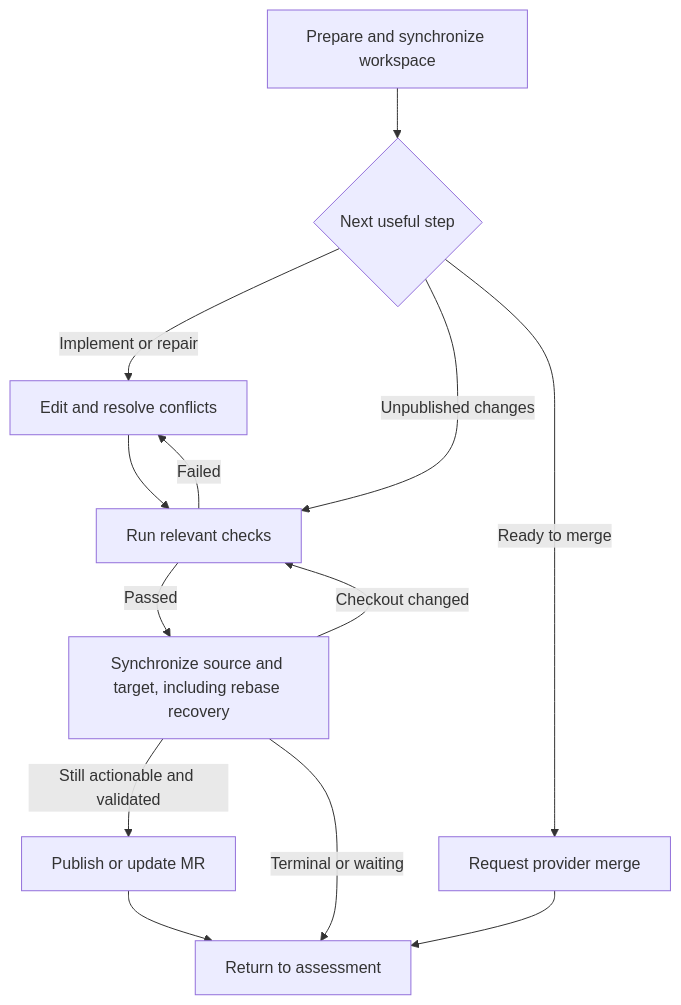
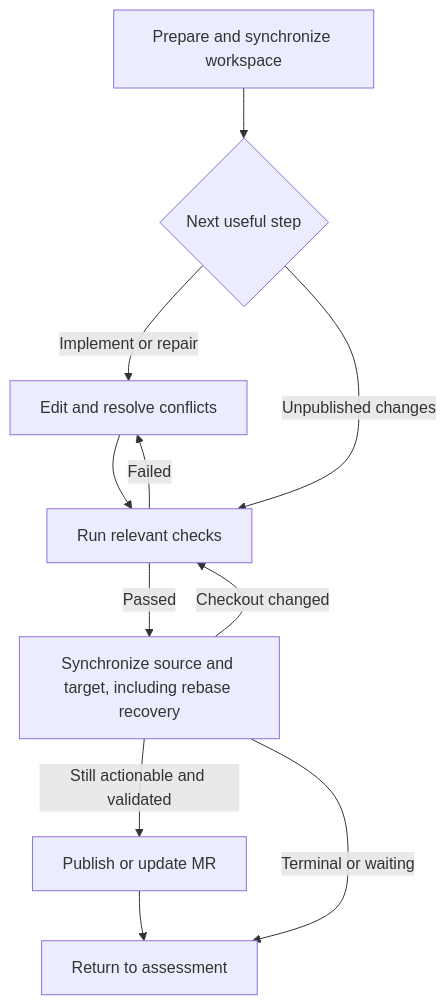
Before and after one commit to omniboard-dev/mcp: the fourth of 4 diagrams in docs/migration-workflow.md, drawn with Mermaid. The commit also changed other lines of this file and 13 other files, not shown here.

````diff
--- a/docs/migration-workflow.md
+++ b/docs/migration-workflow.md
@@ -92,15 +111,13 @@
 ```mermaid
 flowchart TD
     Prepare[Prepare and synchronize workspace] --> Step{Next useful step}
     Step -- Implement or repair --> Edit[Edit and resolve conflicts]
     Edit --> Validate[Run relevant checks]
     Validate -- Failed --> Edit
     Validate -- Passed --> Refresh[Synchronize source and target, including rebase recovery]
     Step -- Unpublished changes --> Validate
     Refresh -- Checkout changed --> Validate
     Refresh -- Still actionable and validated --> Publish[Publish or update MR]
     Refresh -- Terminal or waiting --> Assess[Return to assessment]
-    Step -- Ready to merge --> Merge[Request provider merge]
     Publish --> Assess
-    Merge --> Assess
 ```
````
